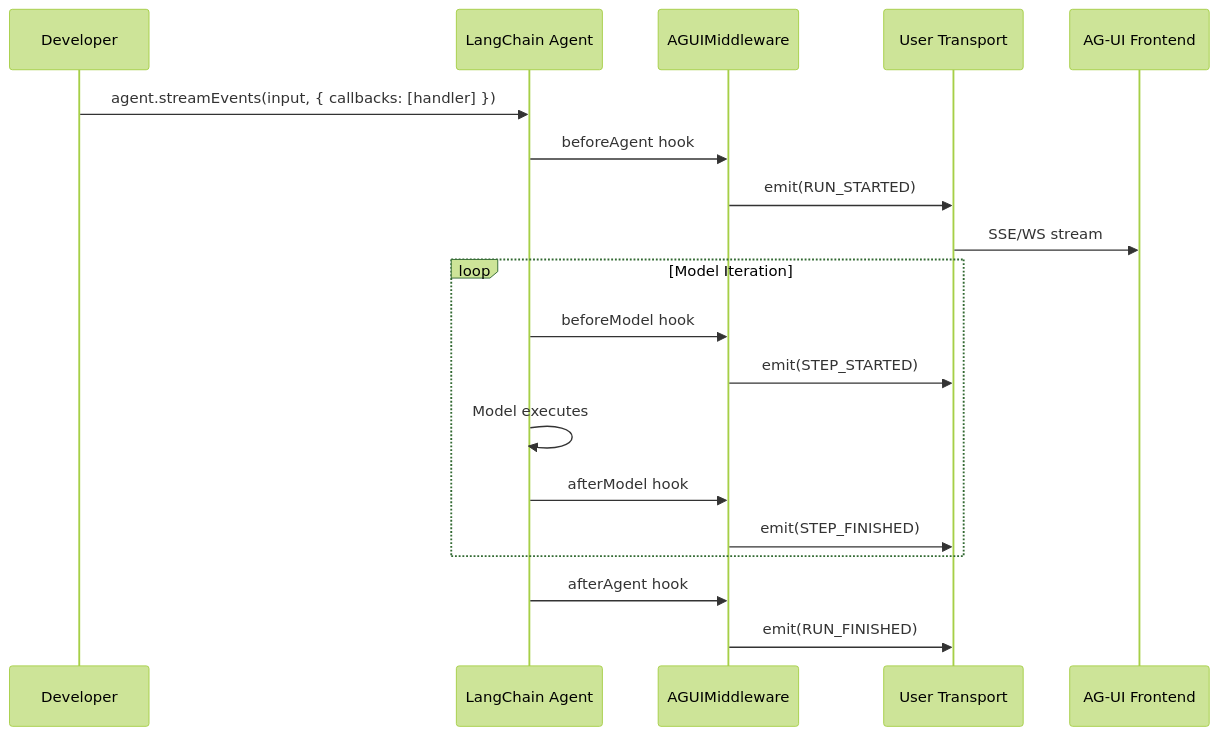
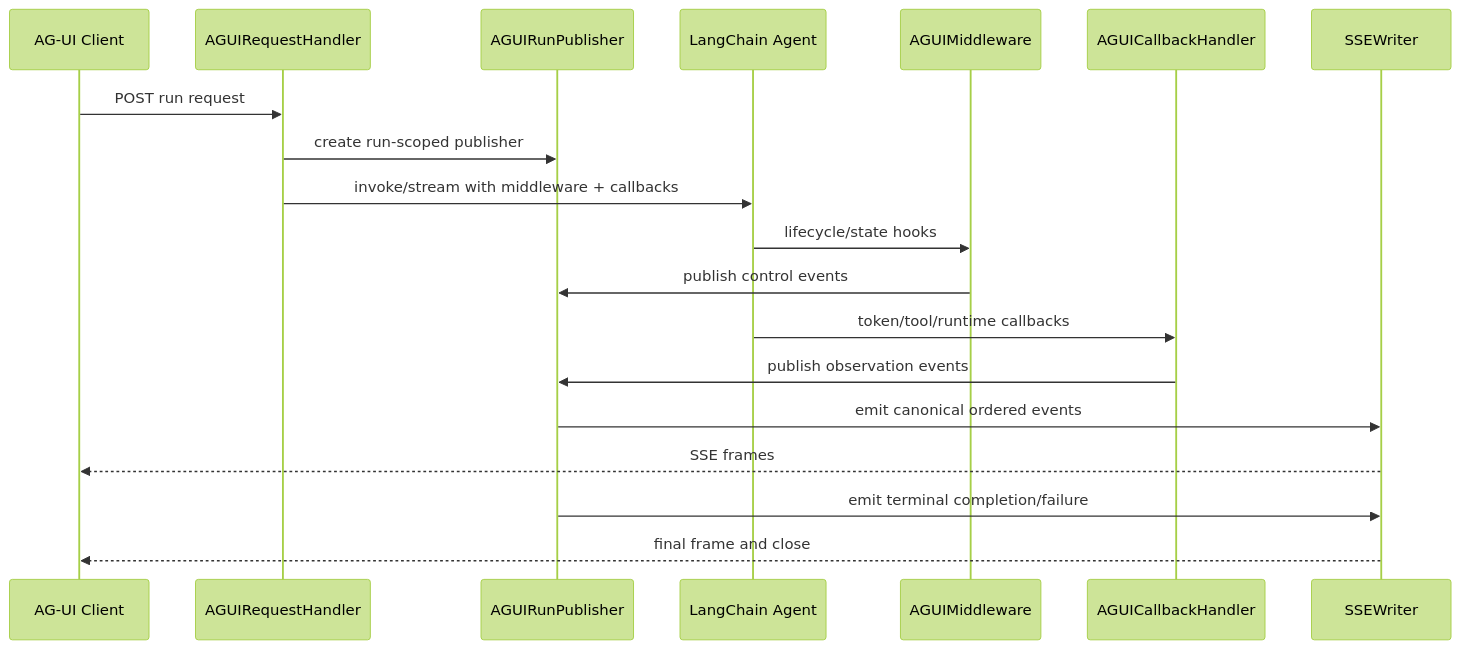
One commit to SkrOYC/langchain-middlewares-callbacks-ts changed the second of 4 diagrams in packages/ag-ui-middleware-callbacks/docs/Architecture.md. Above: the diagram before and after it, drawn with Mermaid (forest theme). The commit also changed other lines of this file and 3 other files, not shown here.

````diff
--- a/packages/ag-ui-middleware-callbacks/docs/Architecture.md
+++ b/packages/ag-ui-middleware-callbacks/docs/Architecture.md
@@ -164,24 +206,22 @@
 ```mermaid
 sequenceDiagram
-  participant Dev as Developer
+  participant Client as AG-UI Client
+  participant Handler as AGUIRequestHandler
+  participant Publisher as AGUIRunPublisher
   participant Agent as LangChain Agent
-  participant Middleware as AGUIMiddleware
-  participant Transport as User Transport
-  participant Frontend as AG-UI Frontend
+  participant MW as AGUIMiddleware
+  participant CB as AGUICallbackHandler
+  participant SSE as SSEWriter
 
-  Dev->>Agent: agent.streamEvents(input, { callbacks: [handler] })
-  Agent->>Middleware: beforeAgent hook
-  Middleware->>Transport: emit(RUN_STARTED)
-  Transport->>Frontend: SSE/WS stream
-  
-  loop Model Iteration
-    Agent->>Middleware: beforeModel hook
-    Middleware->>Transport: emit(STEP_STARTED)
-    Agent->>Agent: Model executes
-    Agent->>Middleware: afterModel hook
-    Middleware->>Transport: emit(STEP_FINISHED)
-  end
-  
-  Agent->>Middleware: afterAgent hook
-  Middleware->>Transport: emit(RUN_FINISHED)
+  Client->>Handler: POST run request
+  Handler->>Publisher: create run-scoped publisher
+  Handler->>Agent: invoke/stream with middleware + callbacks
+  Agent->>MW: lifecycle/state hooks
+  MW->>Publisher: publish control events
+  Agent->>CB: token/tool/runtime callbacks
+  CB->>Publisher: publish observation events
+  Publisher->>SSE: emit canonical ordered events
+  SSE-->>Client: SSE frames
+  Publisher->>SSE: emit terminal completion/failure
+  SSE-->>Client: final frame and close
 ```
````
